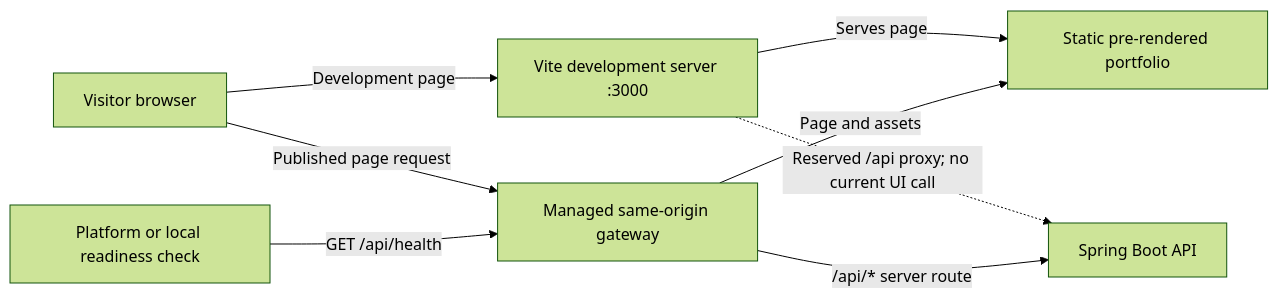
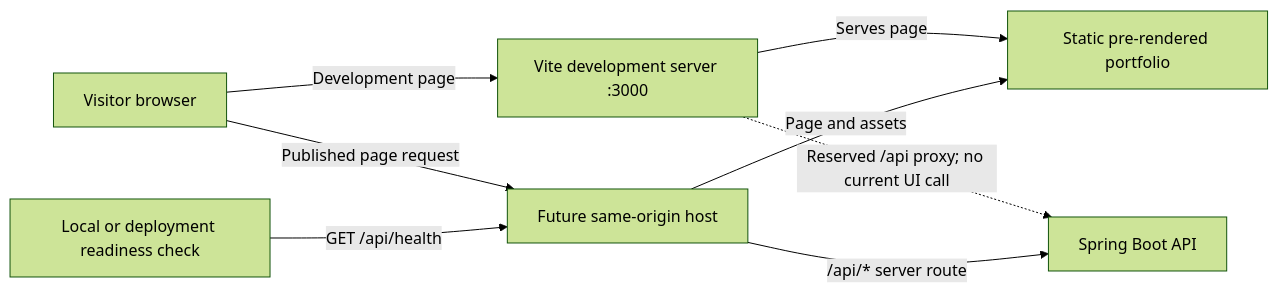
The diagram in docs/architecture.md (Thando-init/thandofolio), drawn with Mermaid (forest theme) before and after one commit. The commit also changed other lines of this file and 7 other files, not shown here.

````diff
--- a/docs/architecture.md
+++ b/docs/architecture.md
@@ -7,17 +7,17 @@
 ```mermaid
 flowchart LR
   Browser[Visitor browser]
   HTML[Static pre-rendered portfolio]
   Vite[Vite development server :3000]
   Spring[Spring Boot API]
-  Gateway[Managed same-origin gateway]
-  Probe[Platform or local readiness check]
+  Gateway[Future same-origin host]
+  Probe[Local or deployment readiness check]
 
   Browser -->|Development page| Vite
   Vite -->|Serves page| HTML
   Vite -.->|Reserved /api proxy; no current UI call| Spring
   Browser -->|Published page request| Gateway
   Gateway -->|Page and assets| HTML
   Probe -->|GET /api/health| Gateway
   Gateway -->|/api/* server route| Spring
 ```
````
